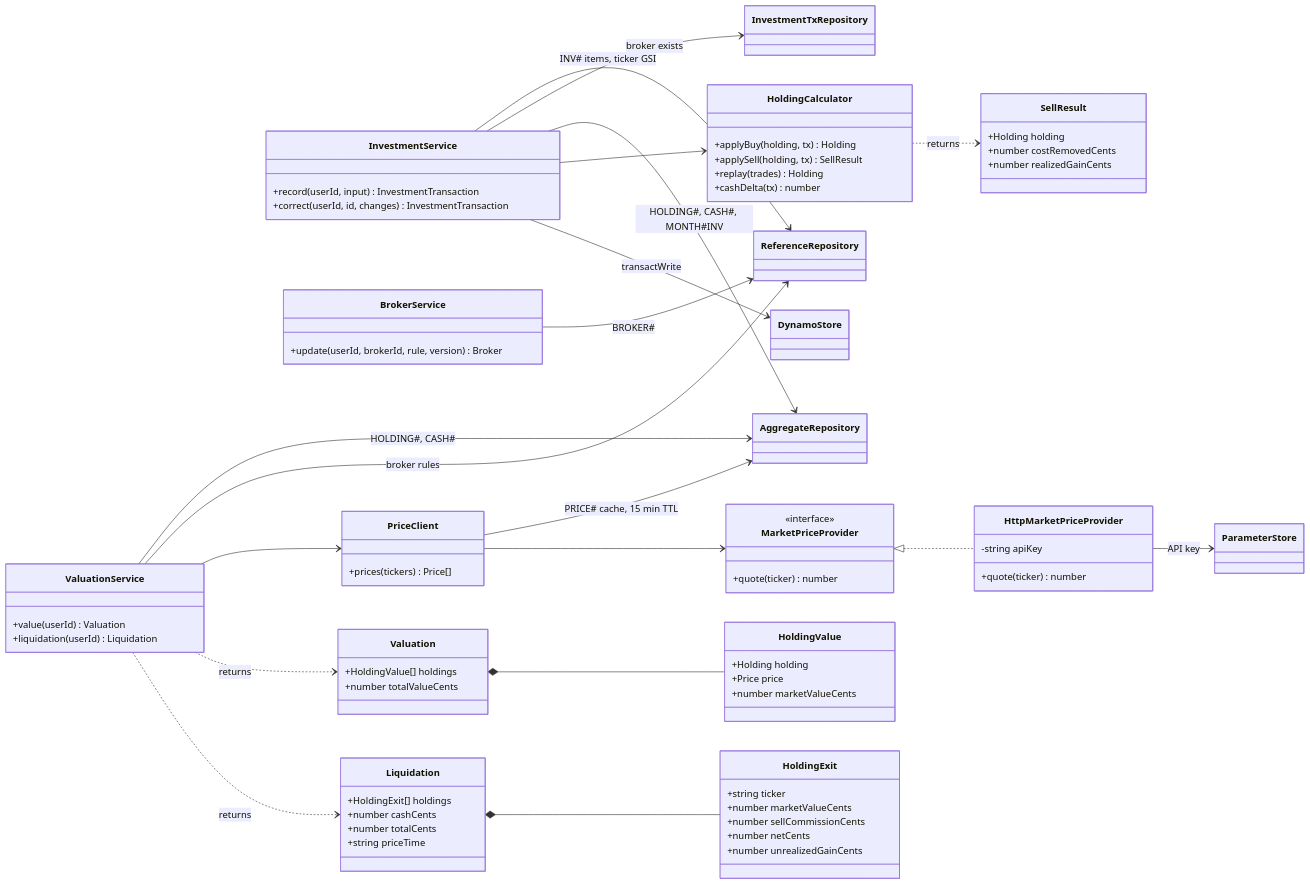
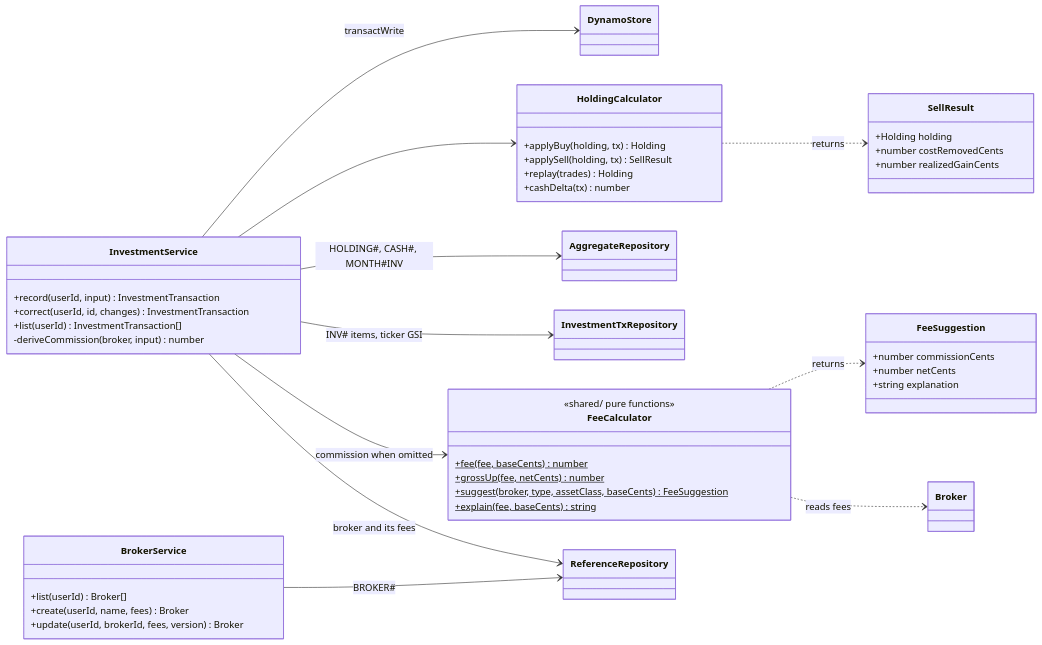
Diagram 15 of 17 in docs/diagrams/class-diagram.md (Ezequiel294/cs3365-finance-app), drawn with Mermaid before and after one commit. The commit also changed other lines of this file and 15 other files, not shown here.

Commit message:
attempt 2 diagram/architecture changes

````diff
--- a/docs/diagrams/class-diagram.md
+++ b/docs/diagrams/class-diagram.md
@@ -1151,82 +1552,53 @@
 ```mermaid
 classDiagram
     direction LR
     class InvestmentService {
         +record(userId, input) InvestmentTransaction
         +correct(userId, id, changes) InvestmentTransaction
+        +list(userId) InvestmentTransaction[]
+        -deriveCommission(broker, input) number
     }
     class HoldingCalculator {
         +applyBuy(holding, tx) Holding
         +applySell(holding, tx) SellResult
         +replay(trades) Holding
         +cashDelta(tx) number
     }
     class SellResult {
         +Holding holding
         +number costRemovedCents
         +number realizedGainCents
     }
+    class FeeCalculator {
+        <<shared/ pure functions>>
+        +fee(fee, baseCents)$ number
+        +grossUp(fee, netCents)$ number
+        +suggest(broker, type, assetClass, baseCents)$ FeeSuggestion
+        +explain(fee, baseCents)$ string
+    }
+    class FeeSuggestion {
+        +number commissionCents
+        +number netCents
+        +string explanation
+    }
     class BrokerService {
-        +update(userId, brokerId, rule, version) Broker
+        +list(userId) Broker[]
+        +create(userId, name, fees) Broker
+        +update(userId, brokerId, fees, version) Broker
     }
-    class ValuationService {
-        +value(userId) Valuation
-        +liquidation(userId) Liquidation
-    }
-    class Valuation {
-        +HoldingValue[] holdings
-        +number totalValueCents
-    }
-    class HoldingValue {
-        +Holding holding
-        +Price price
-        +number marketValueCents
-    }
-    class Liquidation {
-        +HoldingExit[] holdings
-        +number cashCents
-        +number totalCents
-        +string priceTime
-    }
-    class HoldingExit {
-        +string ticker
-        +number marketValueCents
-        +number sellCommissionCents
-        +number netCents
-        +number unrealizedGainCents
-    }
-    class PriceClient {
-        +prices(tickers) Price[]
-    }
-    class MarketPriceProvider {
-        <<interface>>
-        +quote(ticker) number
-    }
-    class HttpMarketPriceProvider {
-        -string apiKey
-        +quote(ticker) number
-    }
+    class Broker
     class InvestmentTxRepository
     class AggregateRepository
     class ReferenceRepository
-    class ParameterStore
     class DynamoStore
-    InvestmentService --> ReferenceRepository : broker exists
+    InvestmentService --> ReferenceRepository : broker and its fees
+    InvestmentService --> FeeCalculator : commission when omitted
     InvestmentService --> InvestmentTxRepository : INV# items, ticker GSI
     InvestmentService --> AggregateRepository : HOLDING#, CASH#, MONTH#INV
     InvestmentService --> HoldingCalculator
     InvestmentService --> DynamoStore : transactWrite
     HoldingCalculator ..> SellResult : returns
+    FeeCalculator ..> Broker : reads fees
+    FeeCalculator ..> FeeSuggestion : returns
     BrokerService --> ReferenceRepository : BROKER#
-    ValuationService --> AggregateRepository : HOLDING#, CASH#
-    ValuationService --> ReferenceRepository : broker rules
-    ValuationService --> PriceClient
-    ValuationService ..> Valuation : returns
-    ValuationService ..> Liquidation : returns
-    Valuation *-- HoldingValue
-    Liquidation *-- HoldingExit
-    PriceClient --> AggregateRepository : PRICE# cache, 15 min TTL
-    PriceClient --> MarketPriceProvider
-    MarketPriceProvider <|.. HttpMarketPriceProvider
-    HttpMarketPriceProvider --> ParameterStore : API key
 ```
````
